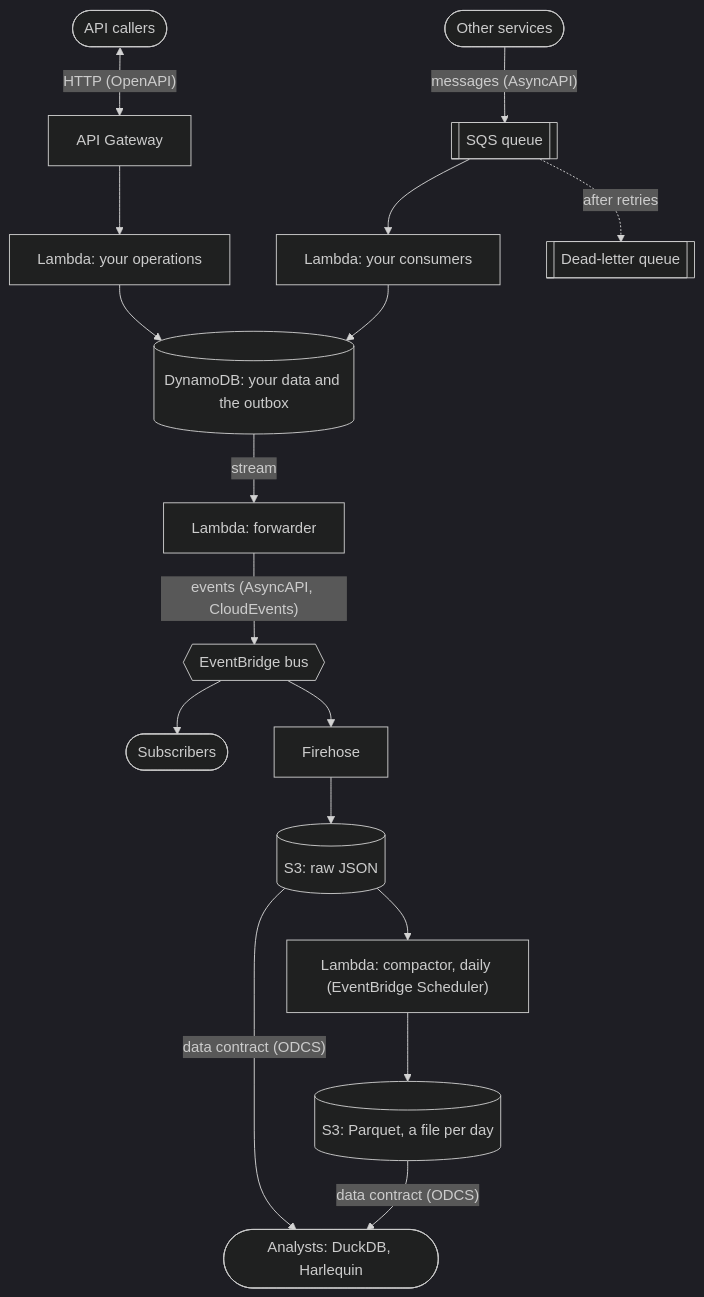
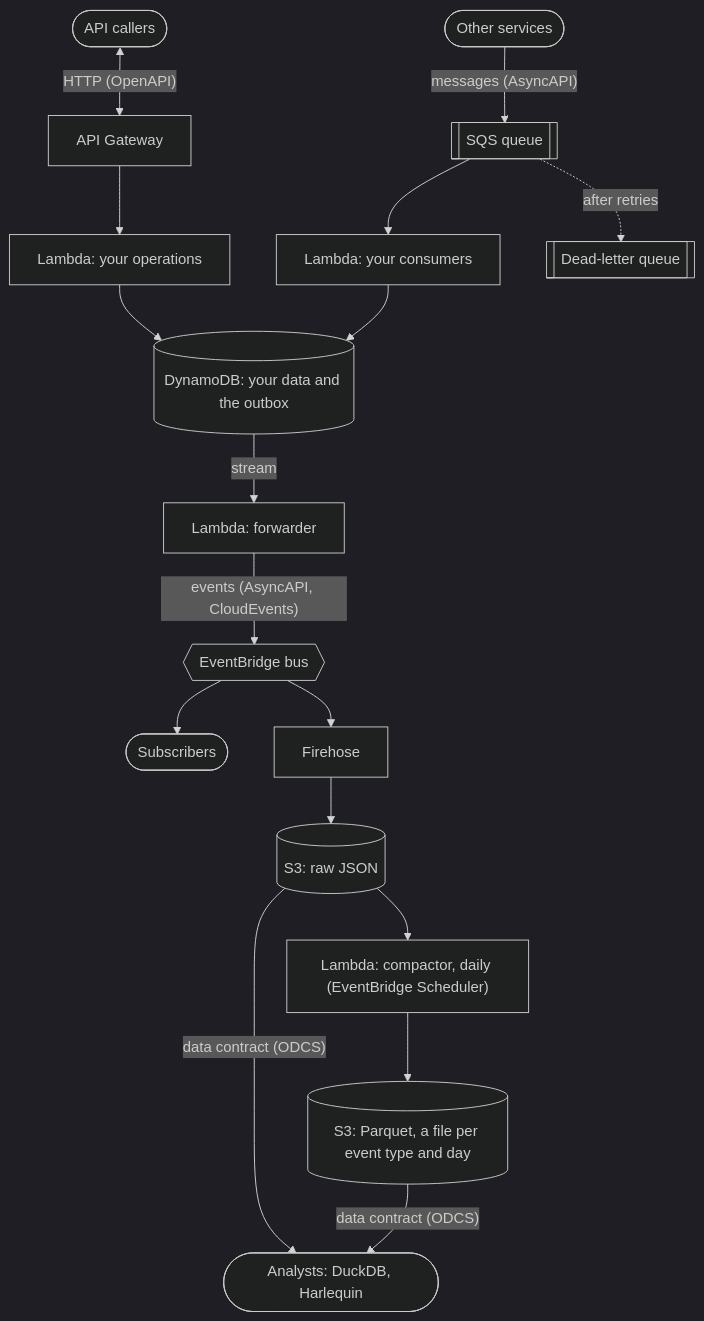
Before and after one commit to hungovercoders/template-aws-api: the diagram in README.md, drawn with Mermaid (dark theme). The commit also changed other lines of this file and 3 other files, not shown here.

First line of the commit message:
docs: the diagram's optional parts are marked as their components, and the Parquet is a file per event type and day

````diff
--- a/README.md
+++ b/README.md
@@ -68,16 +67,22 @@
 ```mermaid
 flowchart TB
   caller(["API callers"]) <-->|"HTTP (OpenAPI)"| gateway["API Gateway"]
+  gateway --> api["Lambda: your operations"]
+  api --> table[("DynamoDB: your data and the outbox")]
+  %% component:consume:start
   sender(["Other services"]) -->|"messages (AsyncAPI)"| queue[["SQS queue"]]
-  gateway --> api["Lambda: your operations"]
   queue --> consumer["Lambda: your consumers"]
   queue -.->|"after retries"| dlq[["Dead-letter queue"]]
-  api --> table[("DynamoDB: your data and the outbox")]
   consumer --> table
+  %% component:consume:end
+  %% component:publish:start
   table -->|"stream"| forwarder["Lambda: forwarder"]
   forwarder -->|"events (AsyncAPI, CloudEvents)"| bus{{"EventBridge bus"}}
   bus --> subscriber(["Subscribers"])
+  %% component:publish:end
+  %% component:data:start
   bus --> firehose["Firehose"] --> raw[("S3: raw JSON")]
-  raw --> compactor["Lambda: compactor, daily (EventBridge Scheduler)"] --> parquet[("S3: Parquet, a file per day")]
+  raw --> compactor["Lambda: compactor, daily (EventBridge Scheduler)"] --> parquet[("S3: Parquet, a file per event type and day")]
   raw & parquet -->|"data contract (ODCS)"| analyst(["Analysts: DuckDB, Harlequin"])
+  %% component:data:end
 ```
````
